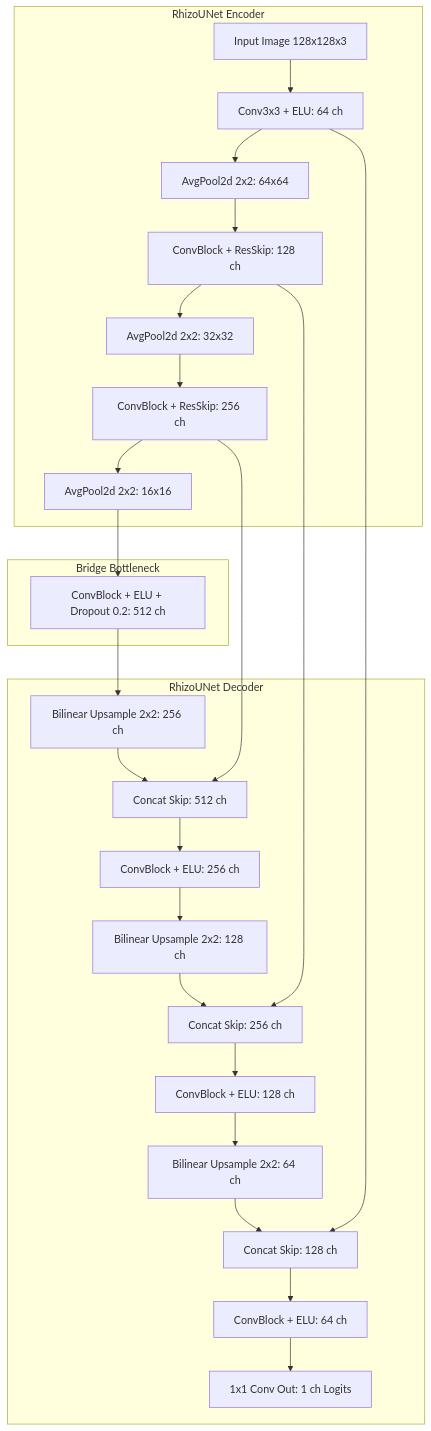
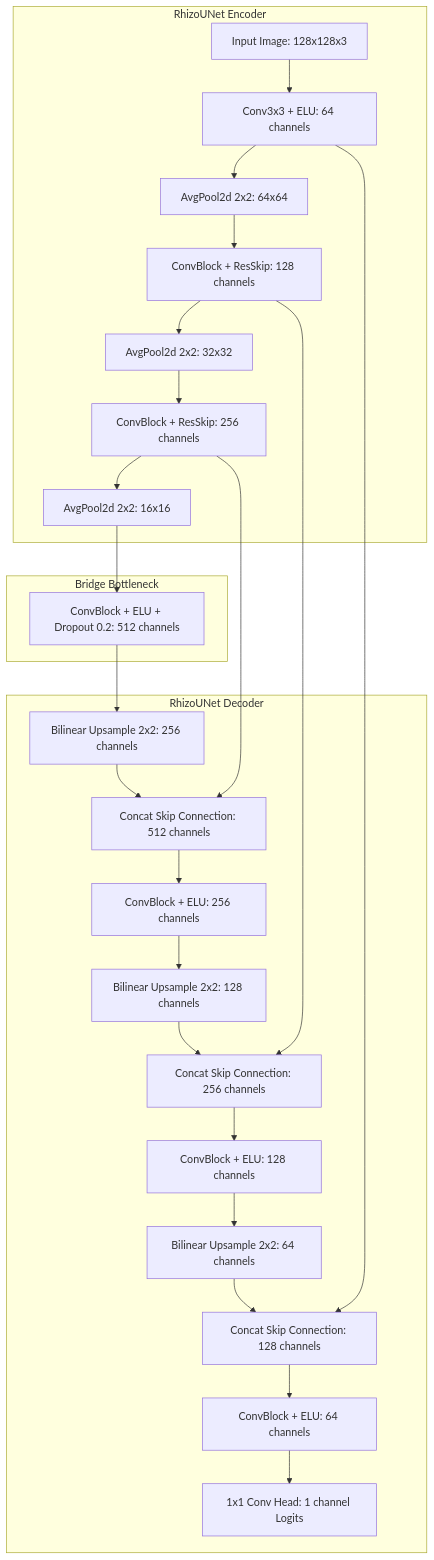
Before and after one commit to Runtime-Slayers/RhizoWhisperer-Model-Architectures: the first of 5 diagrams in README.md, drawn with Mermaid. The commit also changed other lines of this file, not shown here.

Commit message:
fix: Format all Mermaid node labels with double quotes to fix rendering compilation errors

````diff
--- a/README.md
+++ b/README.md
@@ -41,28 +41,28 @@
 ```mermaid
 flowchart TD
     subgraph Encoder ["RhizoUNet Encoder"]
-        In[Input Image 128x128x3] --> C1[Conv3x3 + ELU: 64 ch]
-        C1 --> P1[AvgPool2d 2x2: 64x64]
-        P1 --> C2[ConvBlock + ResSkip: 128 ch]
-        C2 --> P2[AvgPool2d 2x2: 32x32]
-        P2 --> C3[ConvBlock + ResSkip: 256 ch]
-        C3 --> P3[AvgPool2d 2x2: 16x16]
+        In["Input Image: 128x128x3"] --> C1["Conv3x3 + ELU: 64 channels"]
+        C1 --> P1["AvgPool2d 2x2: 64x64"]
+        P1 --> C2["ConvBlock + ResSkip: 128 channels"]
+        C2 --> P2["AvgPool2d 2x2: 32x32"]
+        P2 --> C3["ConvBlock + ResSkip: 256 channels"]
+        C3 --> P3["AvgPool2d 2x2: 16x16"]
     end
 
     subgraph Bottleneck ["Bridge Bottleneck"]
-        P3 --> BN[ConvBlock + ELU + Dropout 0.2: 512 ch]
+        P3 --> BN["ConvBlock + ELU + Dropout 0.2: 512 channels"]
     end
 
     subgraph Decoder ["RhizoUNet Decoder"]
-        BN --> UP1[Bilinear Upsample 2x2: 256 ch]
-        UP1 & C3 --> CAT1[Concat Skip: 512 ch]
-        CAT1 --> DC1[ConvBlock + ELU: 256 ch]
-        DC1 --> UP2[Bilinear Upsample 2x2: 128 ch]
-        UP2 & C2 --> CAT2[Concat Skip: 256 ch]
-        CAT2 --> DC2[ConvBlock + ELU: 128 ch]
-        DC2 --> UP3[Bilinear Upsample 2x2: 64 ch]
-        UP3 & C1 --> CAT3[Concat Skip: 128 ch]
-        CAT3 --> DC3[ConvBlock + ELU: 64 ch]
-        DC3 --> HEAD[1x1 Conv Out: 1 ch Logits]
+        BN --> UP1["Bilinear Upsample 2x2: 256 channels"]
+        UP1 & C3 --> CAT1["Concat Skip Connection: 512 channels"]
+        CAT1 --> DC1["ConvBlock + ELU: 256 channels"]
+        DC1 --> UP2["Bilinear Upsample 2x2: 128 channels"]
+        UP2 & C2 --> CAT2["Concat Skip Connection: 256 channels"]
+        CAT2 --> DC2["ConvBlock + ELU: 128 channels"]
+        DC2 --> UP3["Bilinear Upsample 2x2: 64 channels"]
+        UP3 & C1 --> CAT3["Concat Skip Connection: 128 channels"]
+        CAT3 --> DC3["ConvBlock + ELU: 64 channels"]
+        DC3 --> HEAD["1x1 Conv Head: 1 channel Logits"]
     end
 ```
````
